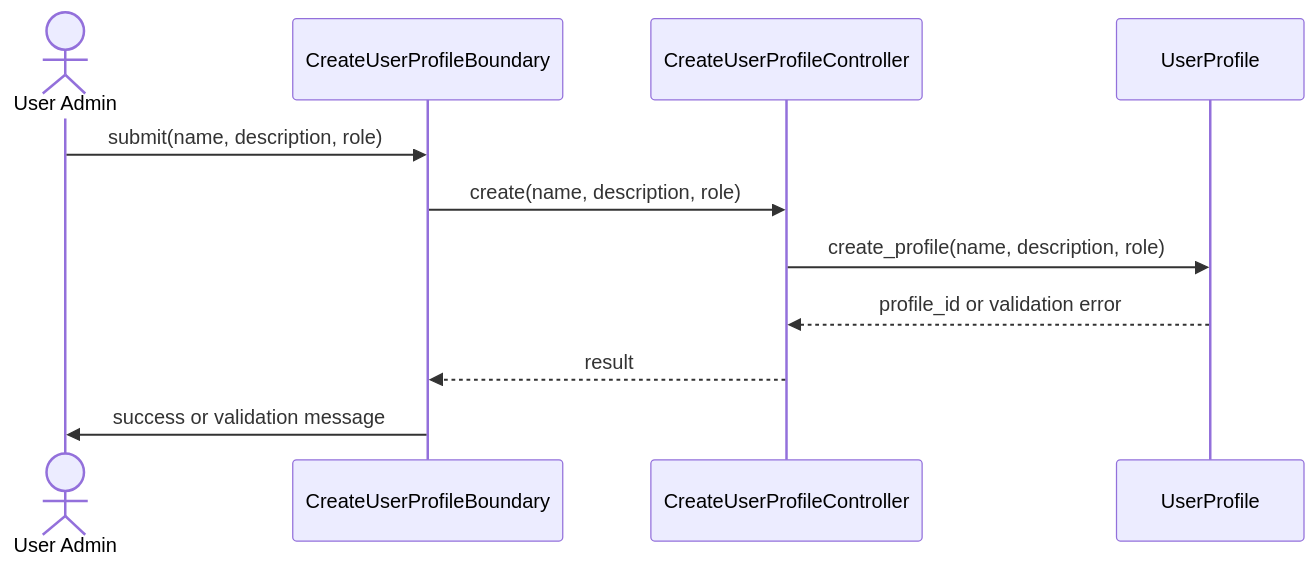
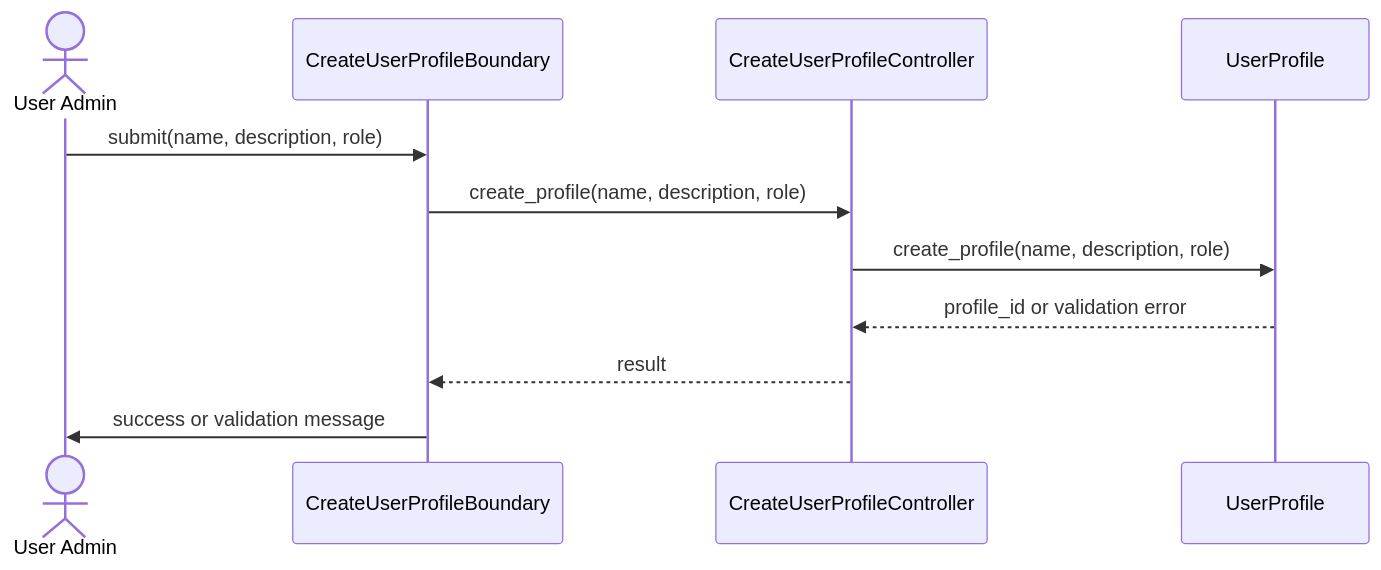
One commit to boyinapuddle/CSIT314-Chinese changed the diagram in diagrams/US01_Create_User_Profile/Sequence.mmd. Above: the diagram before and after it, drawn with Mermaid. The commit also changed 140 other files, not shown here.

```diff
--- a/diagrams/US01_Create_User_Profile/Sequence.mmd
+++ b/diagrams/US01_Create_User_Profile/Sequence.mmd
@@ -1,11 +1,11 @@
 sequenceDiagram
     actor P0 as User Admin
     participant P1 as CreateUserProfileBoundary
     participant P2 as CreateUserProfileController
     participant P3 as UserProfile
     P0->>P1: submit(name, description, role)
-    P1->>P2: create(name, description, role)
+    P1->>P2: create_profile(name, description, role)
     P2->>P3: create_profile(name, description, role)
     P3-->>P2: profile_id or validation error
     P2-->>P1: result
     P1->>P0: success or validation message
```
